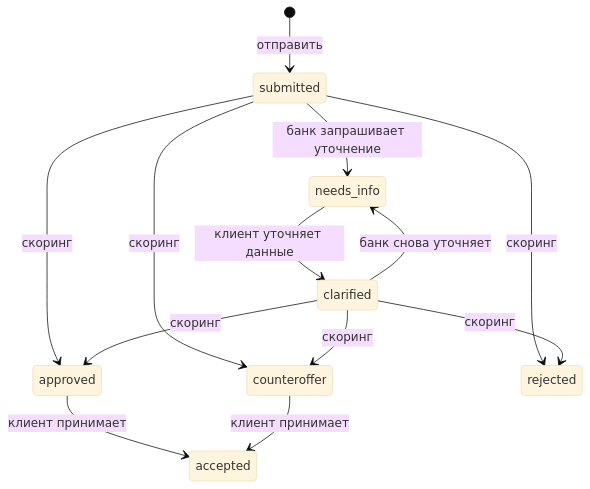
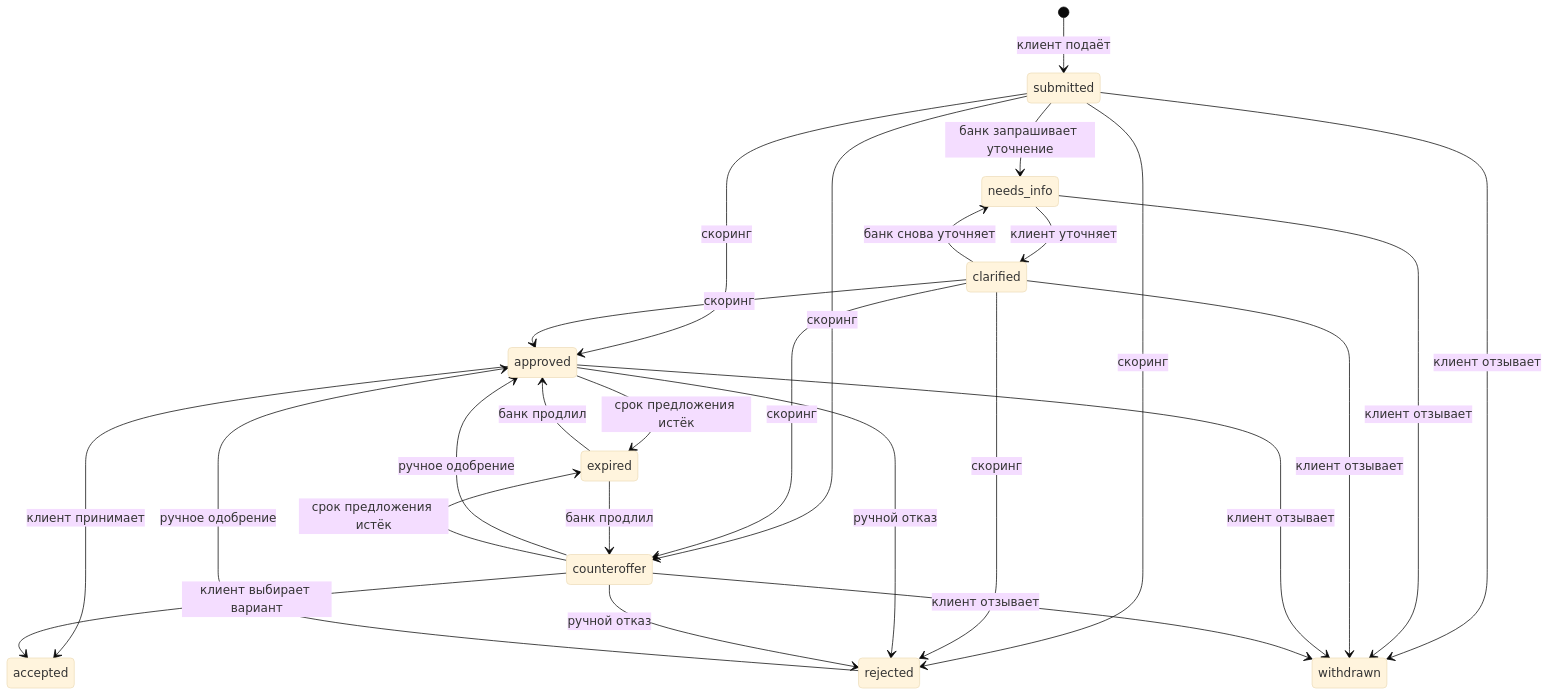
Before and after one commit to brainwhat/alfa-navigator: the second of 2 diagrams in docs/architecture.md, drawn with Mermaid (base theme). The commit also changed other lines of this file and 21 other files, not shown here.

````diff
--- a/docs/architecture.md
+++ b/docs/architecture.md
@@ -21,15 +24,28 @@
 ```mermaid
 stateDiagram-v2
- [*] --> submitted: отправить
+ [*] --> submitted: клиент подаёт
  submitted --> needs_info: банк запрашивает уточнение
- needs_info --> clarified: клиент уточняет данные
  clarified --> needs_info: банк снова уточняет
+ needs_info --> clarified: клиент уточняет
  submitted --> approved: скоринг
  submitted --> counteroffer: скоринг
  submitted --> rejected: скоринг
  clarified --> approved: скоринг
  clarified --> counteroffer: скоринг
  clarified --> rejected: скоринг
+ counteroffer --> approved: ручное одобрение
+ rejected --> approved: ручное одобрение
+ approved --> rejected: ручной отказ
+ counteroffer --> rejected: ручной отказ
+ approved --> expired: срок предложения истёк
+ counteroffer --> expired: срок предложения истёк
+ expired --> approved: банк продлил
+ expired --> counteroffer: банк продлил
  approved --> accepted: клиент принимает
- counteroffer --> accepted: клиент принимает
+ counteroffer --> accepted: клиент выбирает вариант
+ submitted --> withdrawn: клиент отзывает
+ needs_info --> withdrawn: клиент отзывает
+ clarified --> withdrawn: клиент отзывает
+ approved --> withdrawn: клиент отзывает
+ counteroffer --> withdrawn: клиент отзывает
 ```
````
